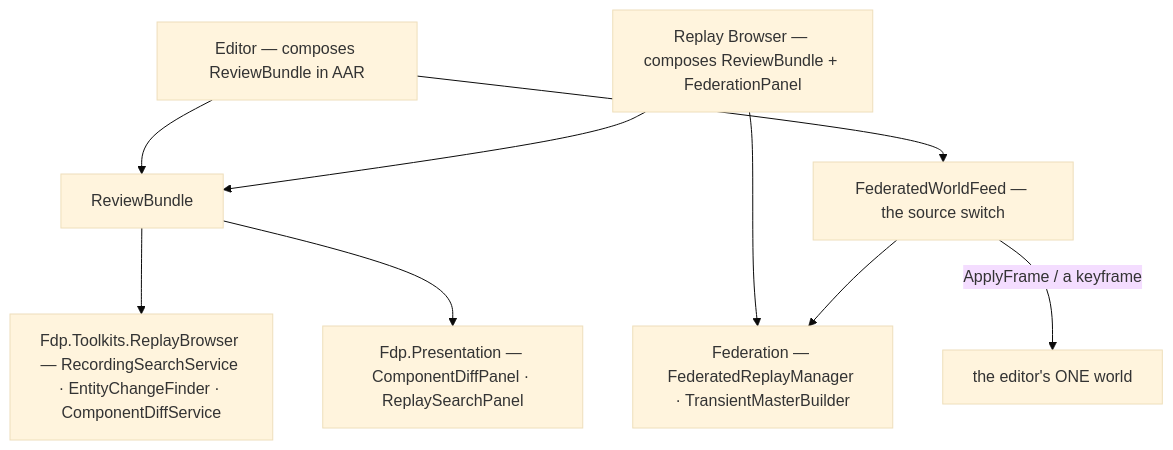
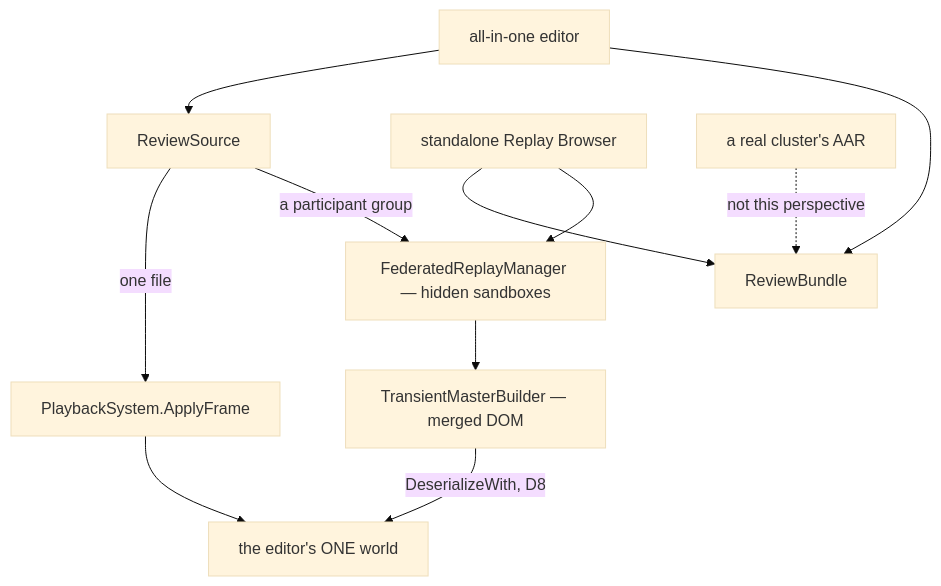
Before and after one commit to pjanec/HROT: the third of 3 diagrams in docs/UX/DESIGN_Review_Perspective.md, drawn with Mermaid (base theme). The commit also changed other lines of this file and 2 other files, not shown here.

First line of the commit message:
Review perspective, third pass (user): all-in-one editor + standalone RB only (a cluster AAR is the debrief); merged by default for participant groups; DAR / per-station / read-only withdrawn; the merge measured - JSON via the scenario serializer, managed components only through translators (M1, Q8)

````diff
--- a/docs/UX/DESIGN_Review_Perspective.md
+++ b/docs/UX/DESIGN_Review_Perspective.md
@@ -181,11 +153,13 @@
 ```mermaid
 graph TD
-    E[Editor — composes ReviewBundle in AAR] --> RB1[ReviewBundle]
-    RBS[Replay Browser — composes ReviewBundle + FederationPanel] --> RB1
-    RB1 --> T[Fdp.Toolkits.ReplayBrowser — RecordingSearchService · EntityChangeFinder · ComponentDiffService]
-    RB1 --> P[Fdp.Presentation — ComponentDiffPanel · ReplaySearchPanel]
-    RBS --> FED[Federation — FederatedReplayManager · TransientMasterBuilder]
-    E --> FEED[FederatedWorldFeed — the source switch]
-    FEED --> FED
-    FEED -->|ApplyFrame / a keyframe| W[the editor's ONE world]
+    E[all-in-one editor] --> RS[ReviewSource]
+    RS -->|one file| PB[PlaybackSystem.ApplyFrame]
+    RS -->|a participant group| FED[FederatedReplayManager — hidden sandboxes]
+    FED --> TMB[TransientMasterBuilder — merged DOM]
+    TMB -->|DeserializeWith, D8| W[the editor's ONE world]
+    PB --> W
+    E --> RB1[ReviewBundle]
+    RBS[standalone Replay Browser] --> RB1
+    RBS --> FED
+    CL[a real cluster's AAR] -. not this perspective .-> RB1
 ```
````
